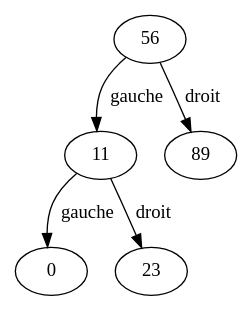
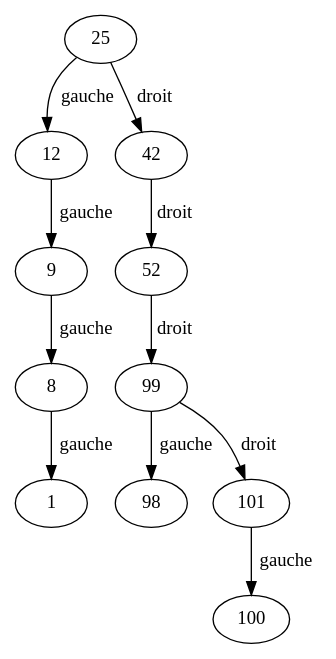
The diagram in SD/tp5/part1/abr.dot (Synthx/Cours), drawn with Graphviz before and after one commit. The commit also changed 11 other files, not shown here.

```diff
--- a/SD/tp5/part1/abr.dot
+++ b/SD/tp5/part1/abr.dot
@@ -1,6 +1,12 @@
 digraph G {
-	56 -> 11 [label="gauche"];
-	11 -> 0 [label="gauche"];
-	11 -> 23 [label="droit"];
-	56 -> 89 [label="droit"];
+	25 -> 12 [label="gauche"];
+	12 -> 9 [label="gauche"];
+	9 -> 8 [label="gauche"];
+	8 -> 1 [label="gauche"];
+	25 -> 42 [label="droit"];
+	42 -> 52 [label="droit"];
+	52 -> 99 [label="droit"];
+	99 -> 98 [label="gauche"];
+	99 -> 101 [label="droit"];
+	101 -> 100 [label="gauche"];
 }
```
